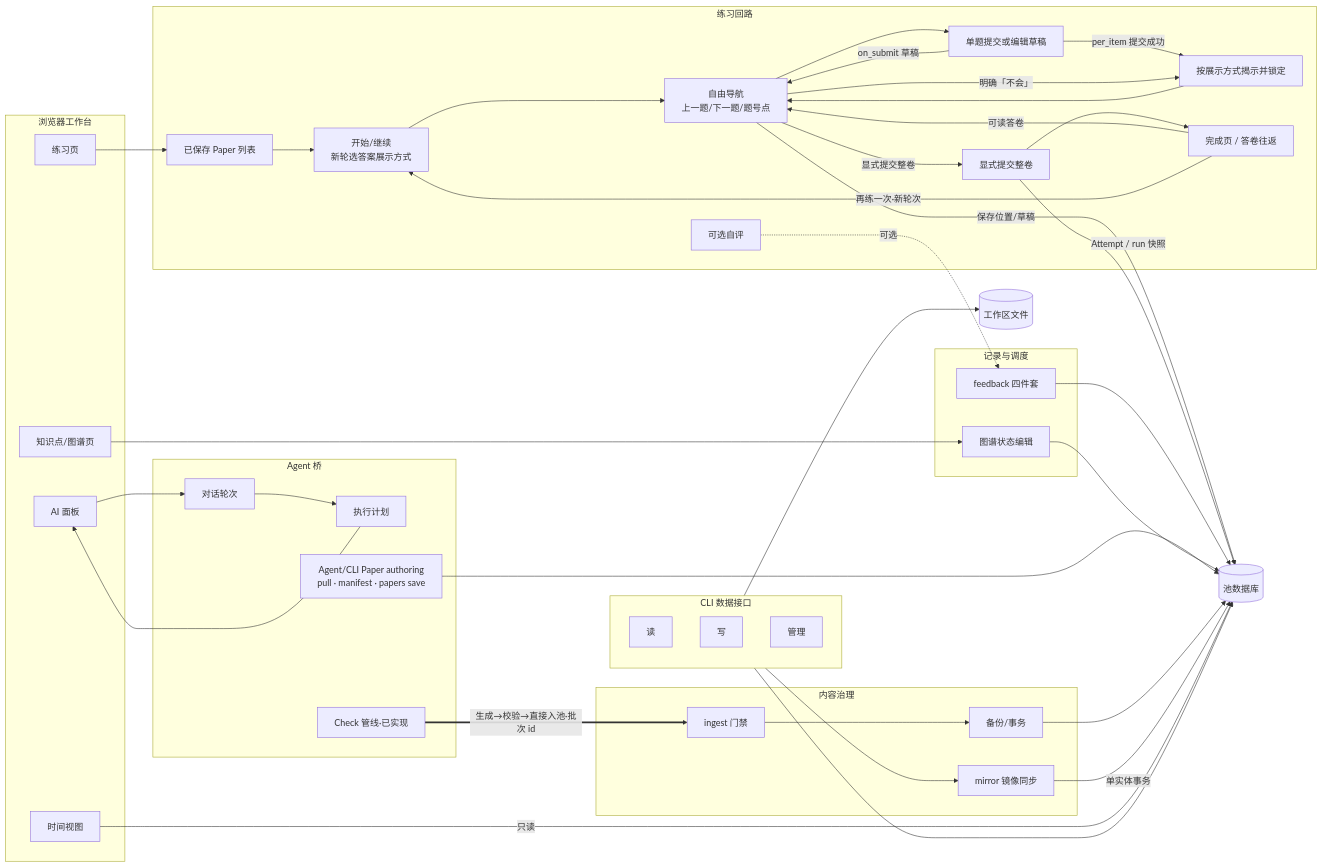
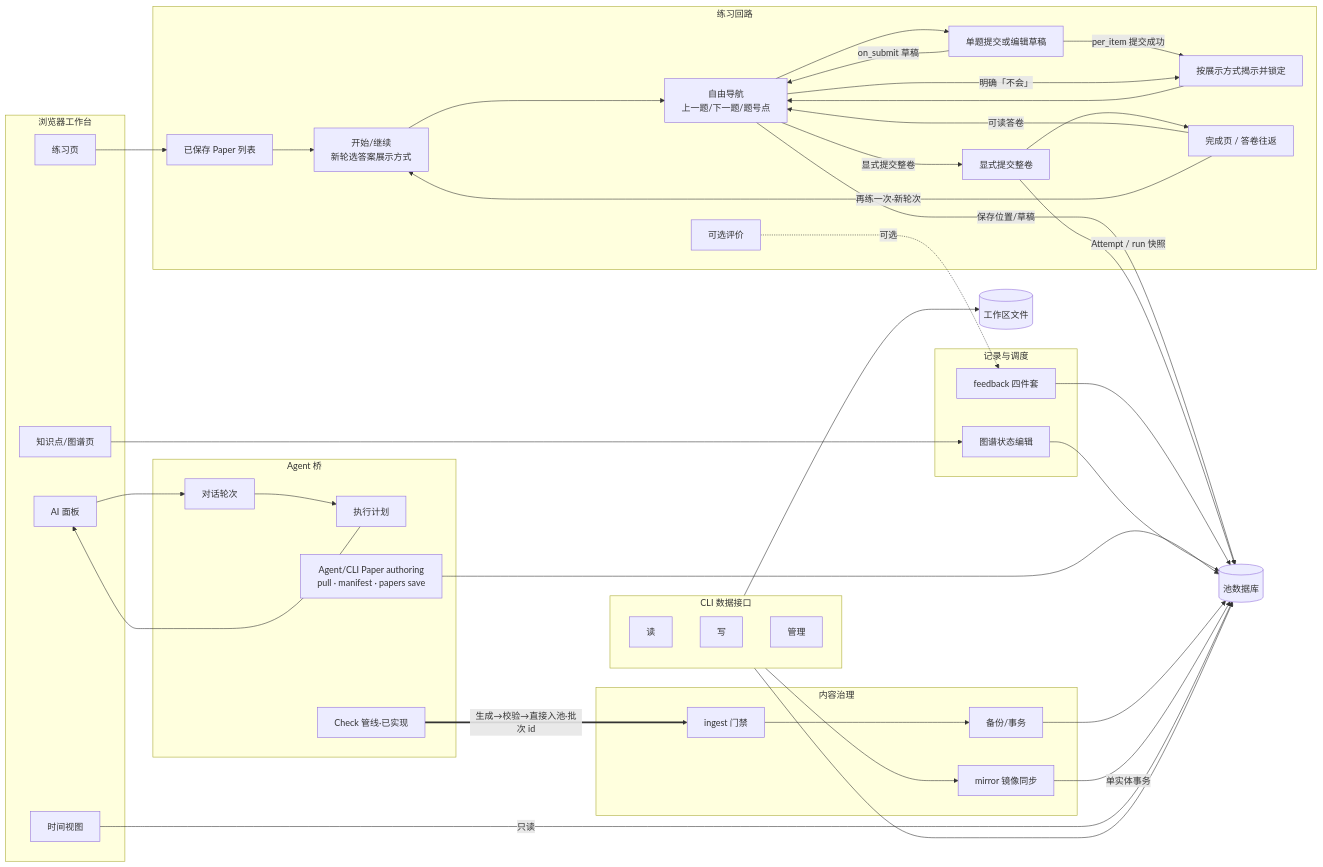
The diagram in docs/ACTION-GRAPH.md (Amazinnn/Lesson-Kit), drawn with Mermaid before and after one commit. The commit also changed other lines of this file and 40 other files, not shown here.

````diff
--- a/docs/ACTION-GRAPH.md
+++ b/docs/ACTION-GRAPH.md
@@ -61,60 +61,60 @@
 ```mermaid
 flowchart LR
   subgraph UI[浏览器工作台]
     P[练习页]
     K[知识点/图谱页]
     T[时间视图]
     A[AI 面板]
   end
   subgraph LOOP[练习回路]
     LIST[已保存 Paper 列表]
     START[开始/继续<br/>新轮选答案展示方式]
     NAV[自由导航<br/>上一题/下一题/题号点]
     ANS[单题提交或编辑草稿]
     REVEAL[按展示方式揭示并锁定]
     END[显式提交整卷]
     DONE[完成页 / 答卷往返]
-    RATE[可选自评]
+    RATE[可选评价]
   end
   subgraph REC[记录与调度]
     FB[feedback 四件套]
     GSTATE[图谱状态编辑]
   end
   subgraph GOV[内容治理]
     ING[ingest 门禁]
     BK[备份/事务]
     MIR[mirror 镜像同步]
   end
   subgraph BR[Agent 桥]
     CONV[对话轮次]
     PLAN[执行计划]
     AUTHOR[Agent/CLI Paper authoring<br/>pull · manifest · papers save]
     CHK[Check 管线·已实现]
   end
   subgraph CLI[CLI 数据接口]
     Q[读]
     W[写]
     ADM[管理]
   end
   DB[(池数据库)]
   FS[(工作区文件)]
 
   P --> LIST --> START --> NAV --> ANS
   NAV -->|保存位置/草稿| DB
   ANS -->|per_item 提交成功| REVEAL --> NAV
   ANS -->|on_submit 草稿| NAV
   NAV -->|明确「不会」| REVEAL
   NAV -->|显式提交整卷| END --> DONE
   END -->|Attempt / run 快照| DB
   DONE -->|可读答卷| NAV
   DONE -->|再练一次·新轮次| START
   RATE -.可选.-> FB --> DB
   AUTHOR --> DB
   K --> GSTATE --> DB
   A --> CONV
   CONV --> PLAN --> A
   CHK ==>|生成→校验→直接入池·批次 id| ING --> BK --> DB
   CLI --> MIR -->|单实体事务| DB
   CLI --> DB & FS
   T -->|只读| DB
 ```
````
